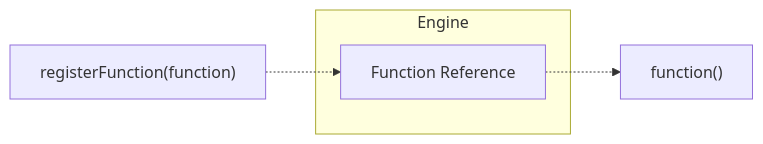
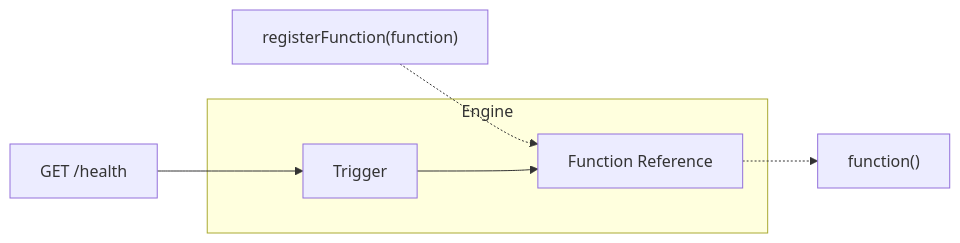
The diagram in content/concepts/registration.mdx (iii-hq/docs), drawn with Mermaid before and after one commit.

Commit message:
add: external trigger to registration diagram

````diff
--- a/content/concepts/registration.mdx
+++ b/content/concepts/registration.mdx
@@ -19,9 +19,11 @@
 ```mermaid
 graph LR
     FnRef -.-> fn["function()"]
     Register["registerFunction(function)"] -.-> FnRef
+    Get["GET /health"] --> Trigger --> FnRef
     subgraph Eng[Engine]
         FnRef[Function Reference]:::solid
+        Trigger[Trigger]:::solid
     end
     classDef solid stroke-dasharray: 0
 ```
````
